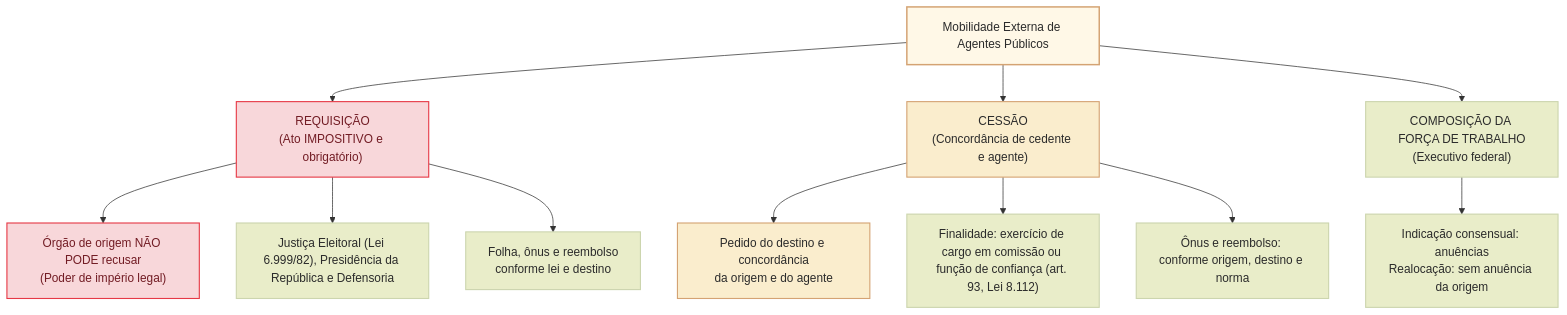
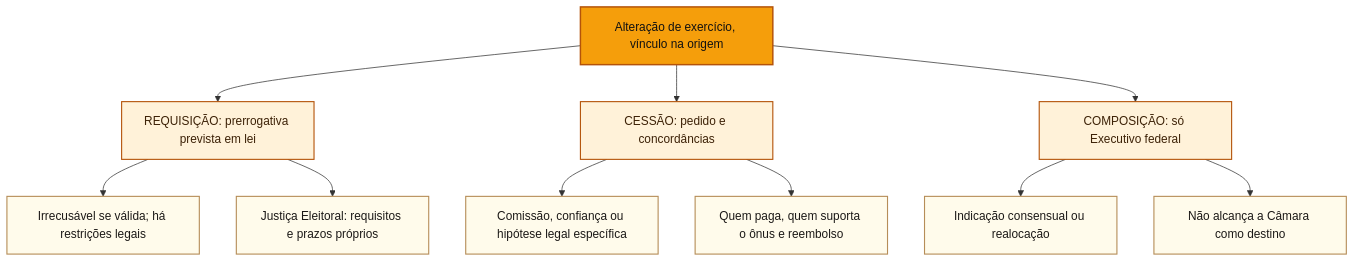
One commit to leorruas/concursos changed the diagram in 3 - Materias/Direito Administrativo/19 - requisicao cessao e movimentacao de agentes publicos.md. Above: the diagram before and after it, drawn with Mermaid. The commit also changed other lines of this file, not shown here.

Commit message:
docs(didatica): revisar requisição e atualização TSE 2026 no DA19

````diff
--- a/3 - Materias/Direito Administrativo/19 - requisicao cessao e movimentacao de agentes publicos.md
+++ b/3 - Materias/Direito Administrativo/19 - requisicao cessao e movimentacao de agentes publicos.md
@@ -19,22 +19,17 @@
 ```mermaid
 flowchart TD
-    classDef raiz fill:#fff8e7,stroke:#d4a373,stroke-width:2px,color:#2b2b2b;
-    classDef req fill:#f8d7da,stroke:#e63946,stroke-width:1.5px,color:#721c24;
-    classDef cessao fill:#faedcd,stroke:#d4a373,stroke-width:1.5px,color:#2b2b2b;
-    classDef detalhe fill:#e9edc9,stroke:#ccd5ae,stroke-width:1.5px,color:#2b2b2b;
+    classDef raiz fill:#f59e0b,stroke:#b45309,stroke-width:2px,color:#111111;
+    classDef criterio fill:#fff2d9,stroke:#b45309,stroke-width:1.5px,color:#3d2207;
+    classDef opcao fill:#fffbeb,stroke:#b68d58,stroke-width:1.5px,color:#1c1917;
 
-    A["Mobilidade Externa de Agentes Públicos"]:::raiz
-
-    A --> B["REQUISIÇÃO<br/>(Ato IMPOSITIVO e obrigatório)"]:::req
-    A --> C["CESSÃO<br/>(Concordância de cedente e agente)"]:::cessao
-    A --> D["COMPOSIÇÃO DA FORÇA DE TRABALHO<br/>(Executivo federal)"]:::detalhe
-
-    B --> B1["Órgão de origem NÃO PODE recusar<br/>(Poder de império legal)"]:::req
-    B --> B2["Justiça Eleitoral (Lei 6.999/82), Presidência da República e Defensoria"]:::detalhe
-    B --> B3["Folha, ônus e reembolso<br/>conforme lei e destino"]:::detalhe
-
-    C --> C1["Pedido do destino e concordância<br/>da origem e do agente"]:::cessao
-    C --> C2["Finalidade: exercício de cargo em comissão ou função de confiança (art. 93, Lei 8.112)"]:::detalhe
-    C --> C3["Ônus e reembolso: conforme origem, destino e norma"]:::detalhe
-    D --> D1["Indicação consensual: anuências<br/>Realocação: sem anuência da origem"]:::detalhe
+    A["Alteração de exercício, vínculo na origem"]:::raiz
+    A --> B["REQUISIÇÃO: prerrogativa prevista em lei"]:::criterio
+    A --> C["CESSÃO: pedido e concordâncias"]:::criterio
+    A --> D["COMPOSIÇÃO: só Executivo federal"]:::criterio
+    B --> B1["Irrecusável se válida; há restrições legais"]:::opcao
+    B --> B2["Justiça Eleitoral: requisitos e prazos próprios"]:::opcao
+    C --> C1["Comissão, confiança ou hipótese legal específica"]:::opcao
+    C --> C2["Quem paga, quem suporta o ônus e reembolso"]:::opcao
+    D --> D1["Indicação consensual ou realocação"]:::opcao
+    D --> D2["Não alcança a Câmara como destino"]:::opcao
 ```
````
